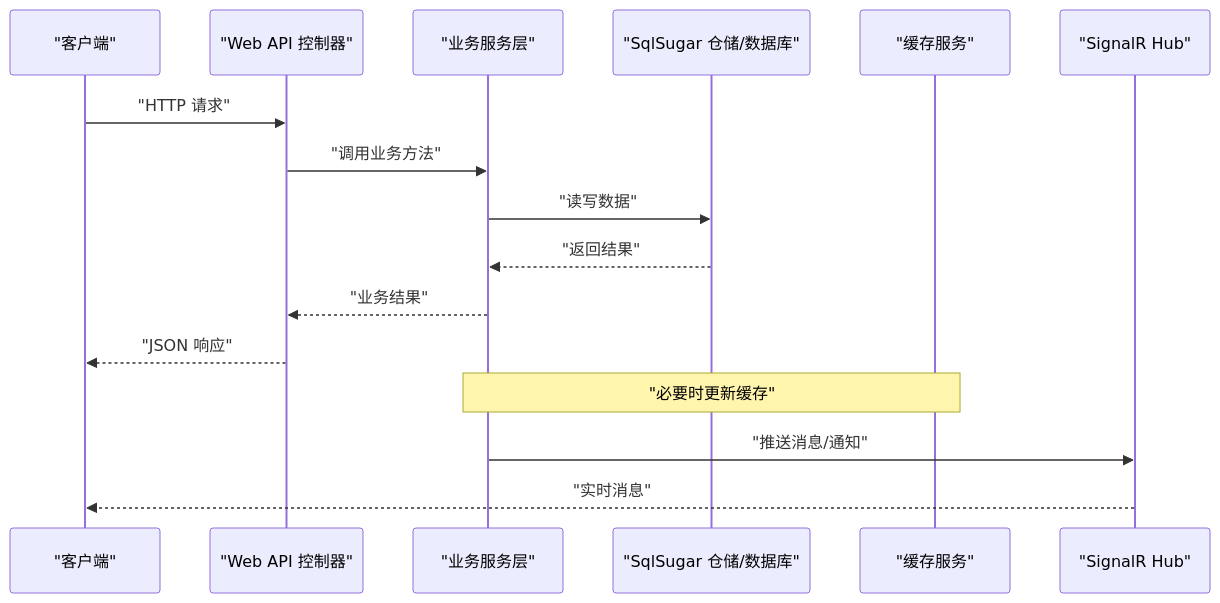
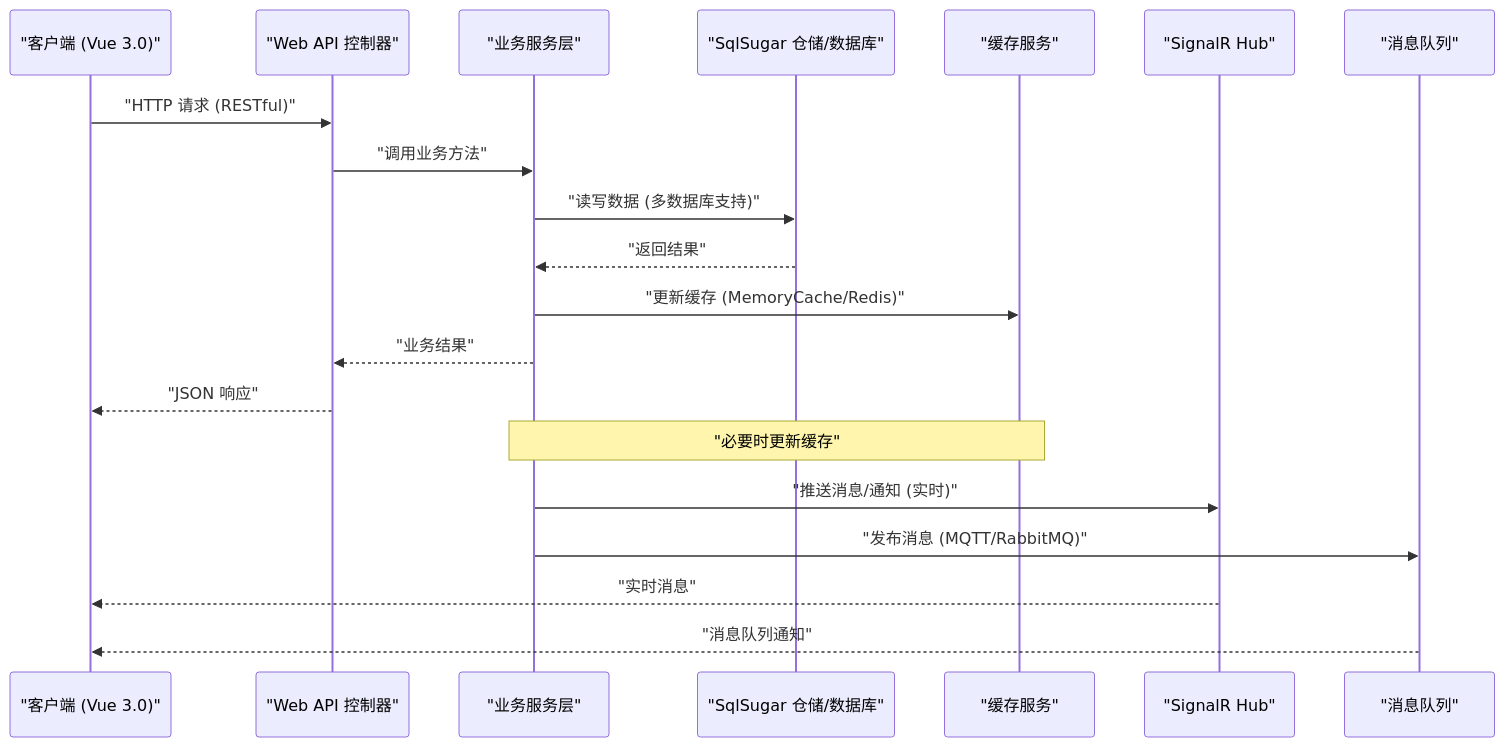
The second of 10 diagrams in .qoder/repowiki/zh/content/项目概述/技术架构.md (leadiot/Scm.Net), drawn with Mermaid before and after one commit. The commit also changed other lines of this file and 19 other files, not shown here.

````diff
--- a/.qoder/repowiki/zh/content/项目概述/技术架构.md
+++ b/.qoder/repowiki/zh/content/项目概述/技术架构.md
@@ -117,18 +252,22 @@
 ```mermaid
 sequenceDiagram
-participant Client as "客户端"
+participant Client as "客户端 (Vue 3.0)"
 participant API as "Web API 控制器"
 participant Biz as "业务服务层"
 participant DB as "SqlSugar 仓储/数据库"
 participant Cache as "缓存服务"
 participant Hub as "SignalR Hub"
-Client->>API : "HTTP 请求"
+participant MQ as "消息队列"
+Client->>API : "HTTP 请求 (RESTful)"
 API->>Biz : "调用业务方法"
-Biz->>DB : "读写数据"
+Biz->>DB : "读写数据 (多数据库支持)"
 DB-->>Biz : "返回结果"
+Biz->>Cache : "更新缓存 (MemoryCache/Redis)"
 Biz-->>API : "业务结果"
 API-->>Client : "JSON 响应"
 Note over Biz,Cache : "必要时更新缓存"
-Biz->>Hub : "推送消息/通知"
+Biz->>Hub : "推送消息/通知 (实时)"
+Biz->>MQ : "发布消息 (MQTT/RabbitMQ)"
 Hub-->>Client : "实时消息"
+MQ-->>Client : "消息队列通知"
 ```
````
